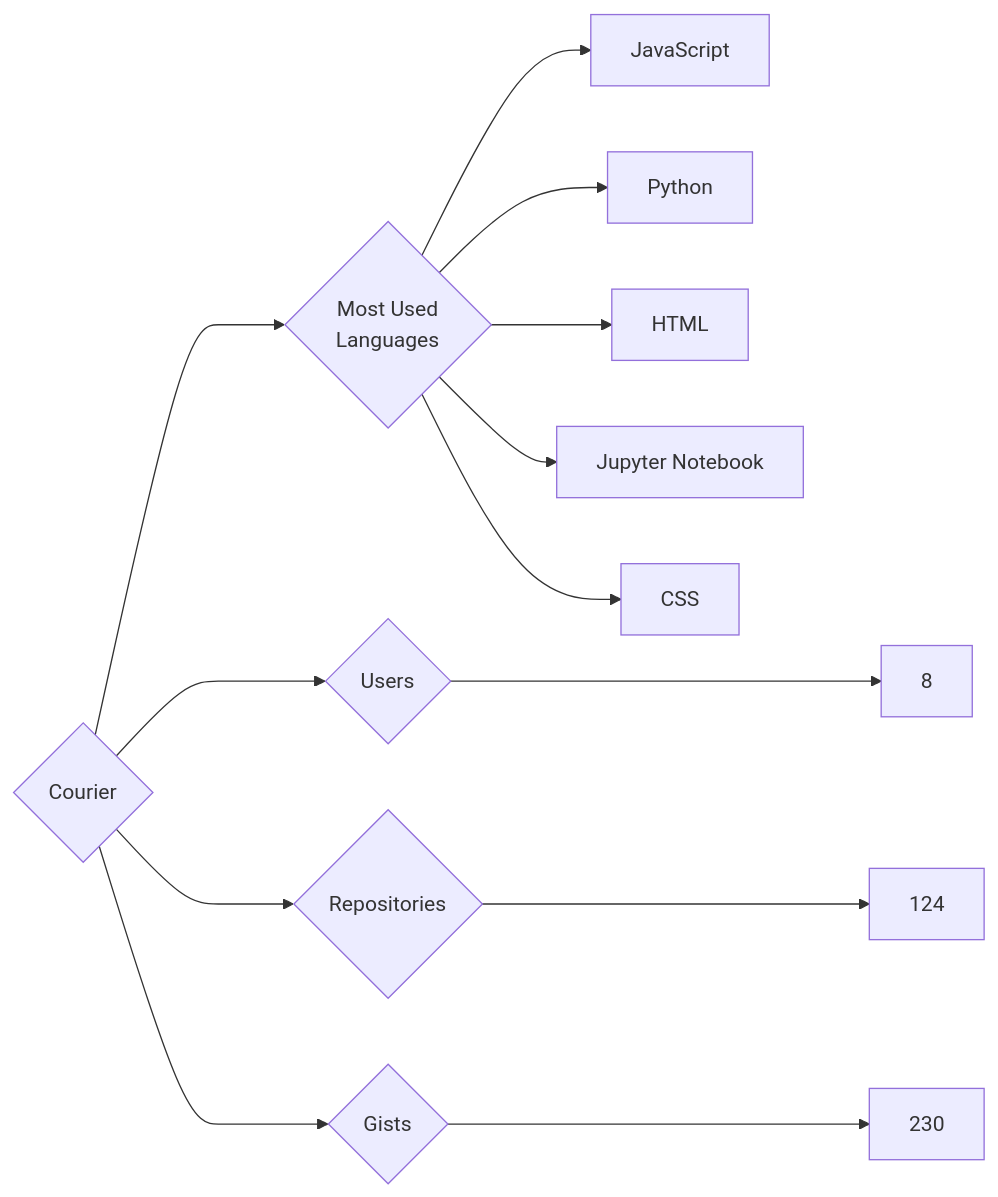
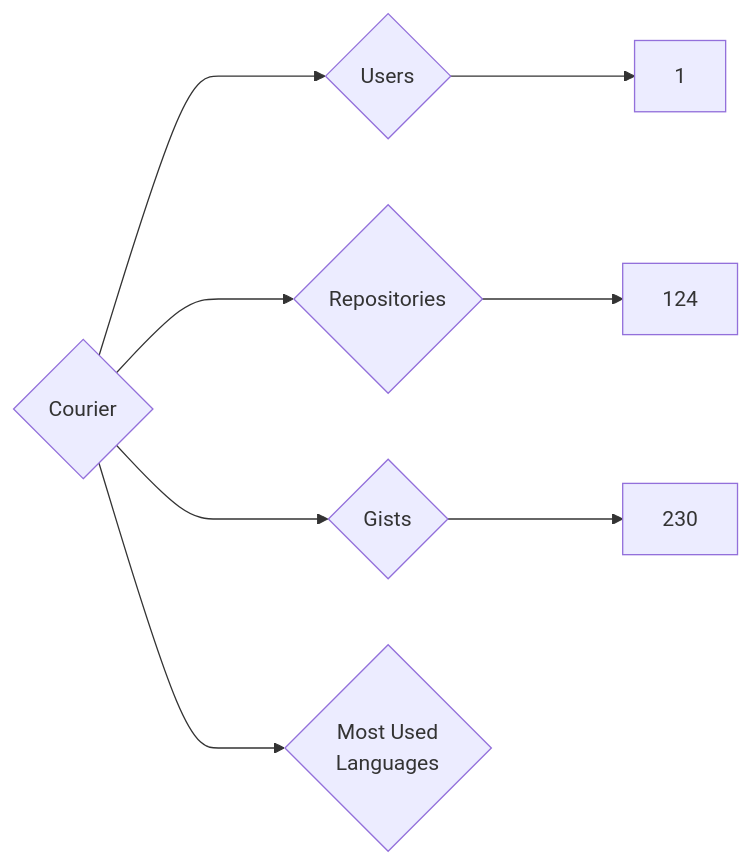
One commit to trickest/insiders changed the diagram in targets/Courier/README.md. Above: the diagram before and after it, drawn with Mermaid. The commit also changed 614 other files, not shown here.

````diff
--- a/targets/Courier/README.md
+++ b/targets/Courier/README.md
@@ -3,13 +3,8 @@
 ```mermaid
 graph LR
 COMPANY_NAME{Courier}
-COMPANY_NAME ---> U{Users} ---> UN[8]
+COMPANY_NAME ---> U{Users} ---> UN[1]
 COMPANY_NAME ---> R{Repositories} ---> RN[124]
 COMPANY_NAME ---> G{Gists} ---> GN[230]
 COMPANY_NAME ---> ML{Most Used<br>Languages}
-ML --> JavaScript[JavaScript]
-ML --> Python[Python]
-ML --> HTML[HTML]
-ML --> Jupyter_Notebook[Jupyter Notebook]
-ML --> CSS[CSS]
 ```
````
